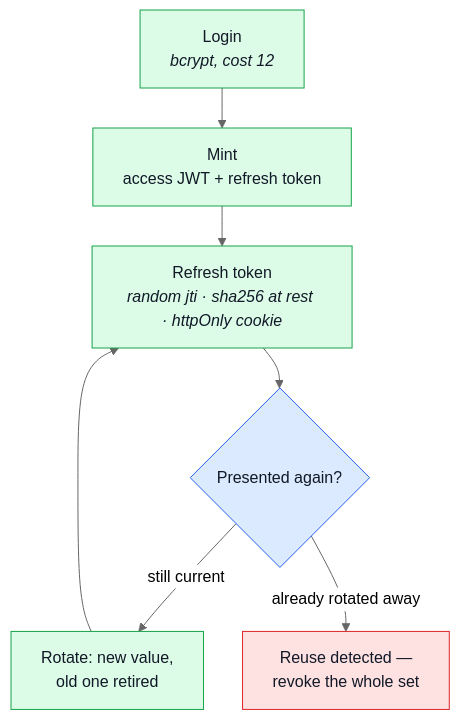
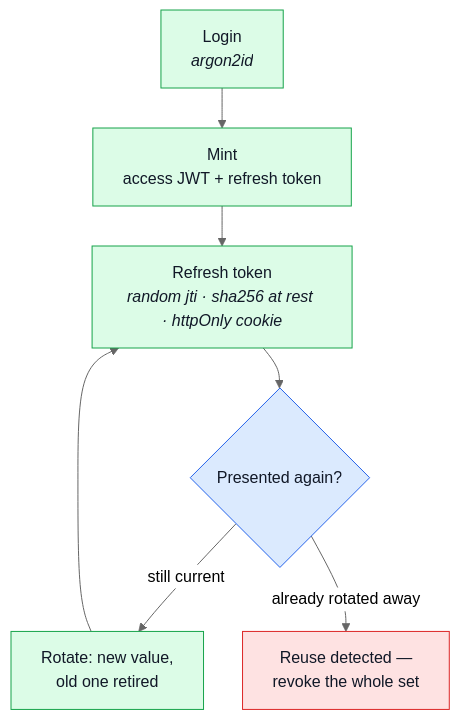
The diagram in docs/theory/defences/authentication.md (Guebbit/boilerplate-node-backend), drawn with Mermaid (neutral theme) before and after one commit. The commit also changed other lines of this file and 36 other files, not shown here.

````diff
--- a/docs/theory/defences/authentication.md
+++ b/docs/theory/defences/authentication.md
@@ -10,18 +10,18 @@
 ```mermaid
 %%{init: {'flowchart': {'nodeSpacing': 30, 'rankSpacing': 40}}}%%
 flowchart TB
-    L["Login<br/><i>bcrypt, cost 12</i>"] --> M
+    L["Login<br/><i>argon2id</i>"] --> M
     M["Mint<br/>access JWT + refresh token"] --> S
     S["Refresh token<br/><i>random jti · sha256 at rest · httpOnly cookie</i>"]
     S --> R{"Presented again?"}
     R -->|"still current"| N["Rotate: new value,<br/>old one retired"]
     R -->|"already rotated away"| K["Reuse detected —<br/>revoke the whole set"]
     N --> S
 
     classDef ok fill:#dcfce7,stroke:#16a34a,color:#111827;
     classDef bad fill:#fee2e2,stroke:#dc2626,color:#111827;
     classDef step fill:#dbeafe,stroke:#2563eb,color:#111827;
     class L,M,S,N ok;
     class K bad;
     class R step;
 ```
````
